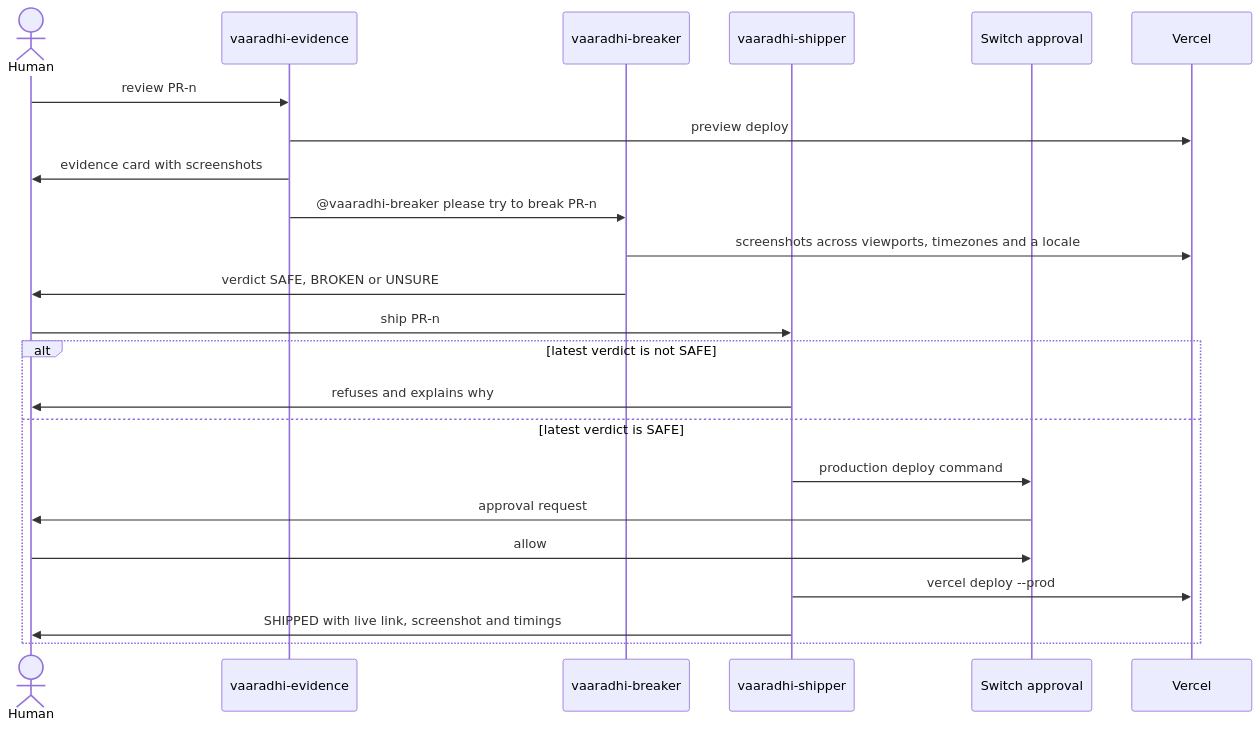
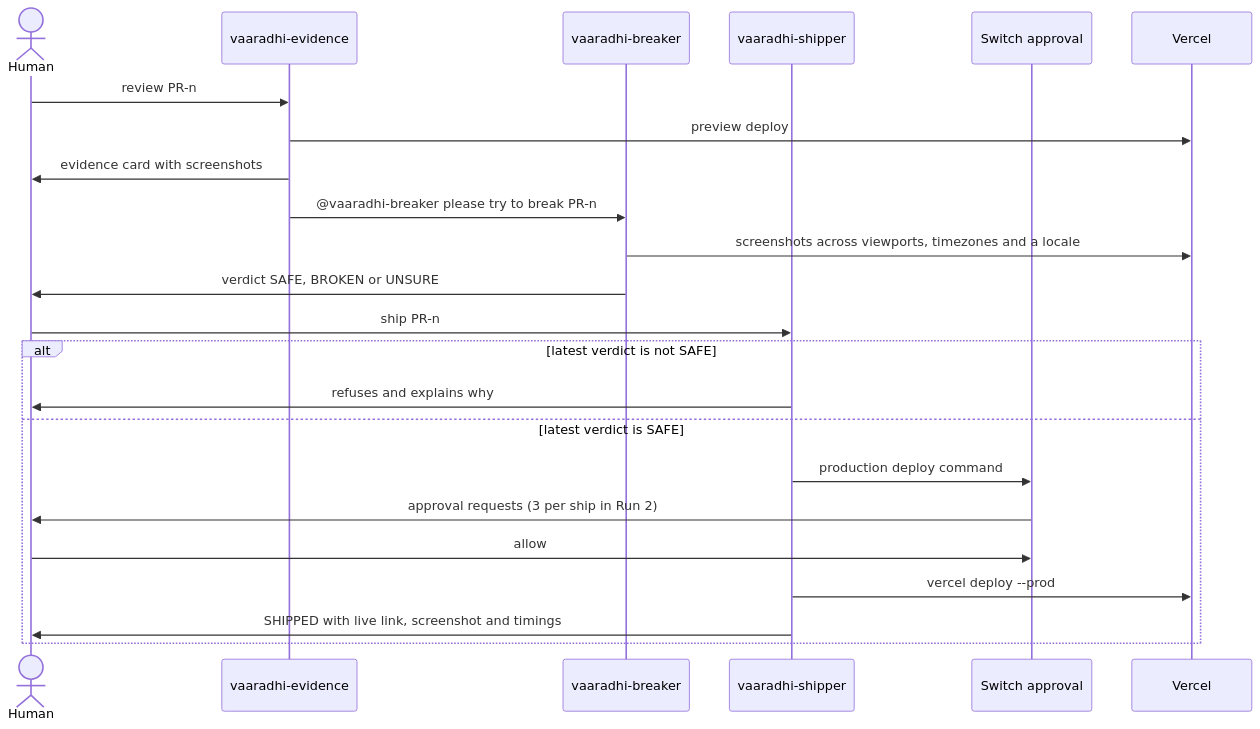
One commit to yerramsettysuchita/vaaradhi changed the third of 3 diagrams in README.md. Above: the diagram before and after it, drawn with Mermaid. The commit also changed other lines of this file, not shown here.

````diff
--- a/README.md
+++ b/README.md
@@ -76,25 +76,25 @@
 ```mermaid
 sequenceDiagram
     actor Human
     participant Ev as vaaradhi-evidence
     participant Br as vaaradhi-breaker
     participant Sh as vaaradhi-shipper
     participant Sw as Switch approval
     participant Ve as Vercel
     Human->>Ev: review PR-n
     Ev->>Ve: preview deploy
     Ev->>Human: evidence card with screenshots
     Ev->>Br: @vaaradhi-breaker please try to break PR-n
     Br->>Ve: screenshots across viewports, timezones and a locale
     Br->>Human: verdict SAFE, BROKEN or UNSURE
     Human->>Sh: ship PR-n
     alt latest verdict is not SAFE
         Sh->>Human: refuses and explains why
     else latest verdict is SAFE
         Sh->>Sw: production deploy command
-        Sw->>Human: approval request
+        Sw->>Human: approval requests (3 per ship in Run 2)
         Human->>Sw: allow
         Sh->>Ve: vercel deploy --prod
         Sh->>Human: SHIPPED with live link, screenshot and timings
     end
 ```
````
